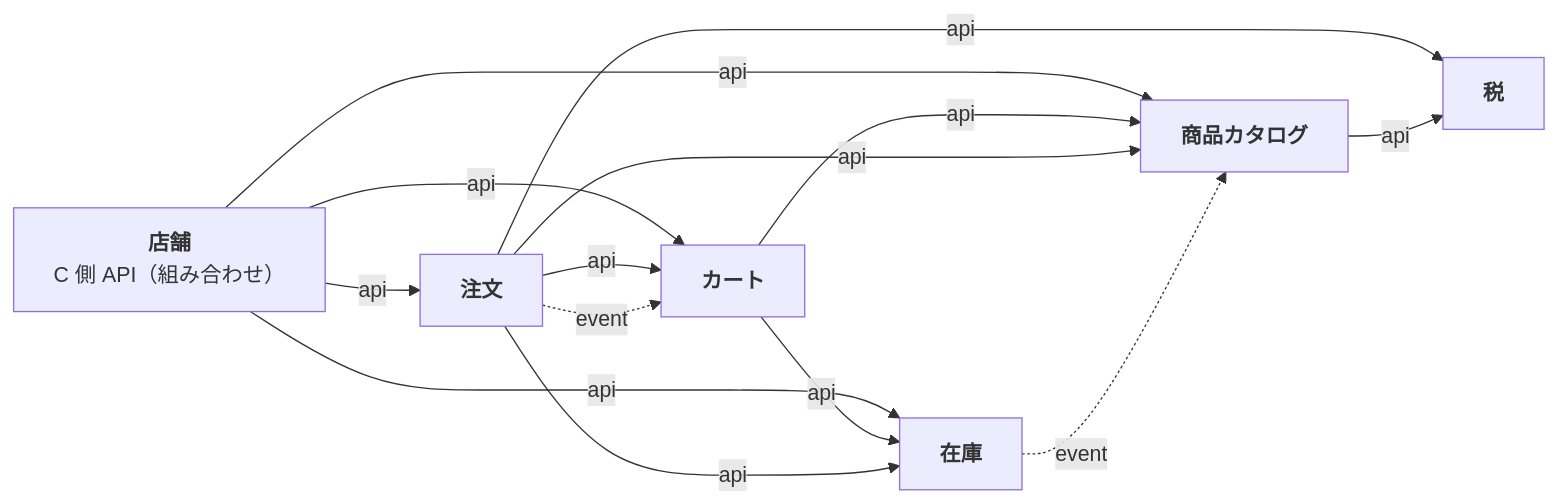
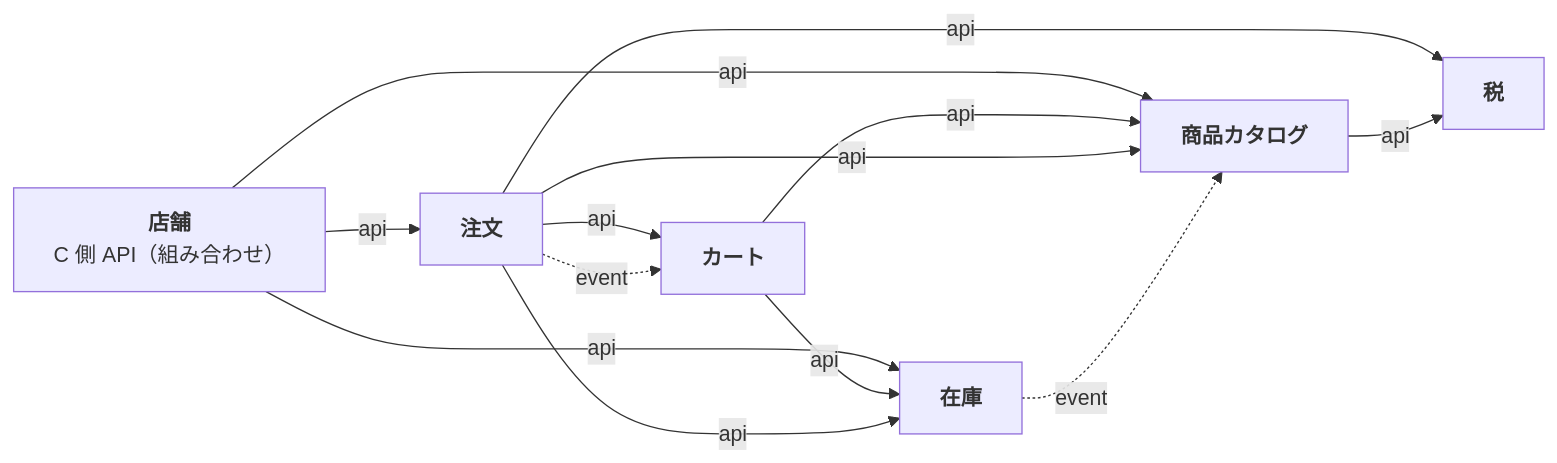
Before and after one commit to roger88106/ec-site: the diagram in docs/specs/002-cart-and-order/plan.md, drawn with Mermaid. The commit also changed other lines of this file and 13 other files, not shown here.

````diff
--- a/docs/specs/002-cart-and-order/plan.md
+++ b/docs/specs/002-cart-and-order/plan.md
@@ -20,23 +20,22 @@
 ```mermaid
 flowchart LR
     storefront["<b>店舗</b><br/>C 側 API（組み合わせ）"]
     cart["<b>カート</b>"]
     order["<b>注文</b>"]
     catalog["<b>商品カタログ</b>"]
     inventory["<b>在庫</b>"]
     tax["<b>税</b>"]
 
-    storefront -- "api" --> cart
     storefront -- "api" --> order
     storefront -- "api" --> catalog
     storefront -- "api" --> inventory
     cart -- "api" --> catalog
     cart -- "api" --> inventory
     order -- "api" --> cart
     order -- "api" --> catalog
     order -- "api" --> inventory
     order -- "api" --> tax
     order -. "event" .-> cart
     catalog -- "api" --> tax
     inventory -. "event" .-> catalog
 ```
````
